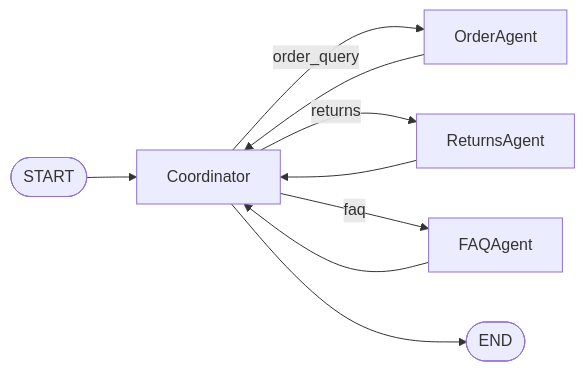
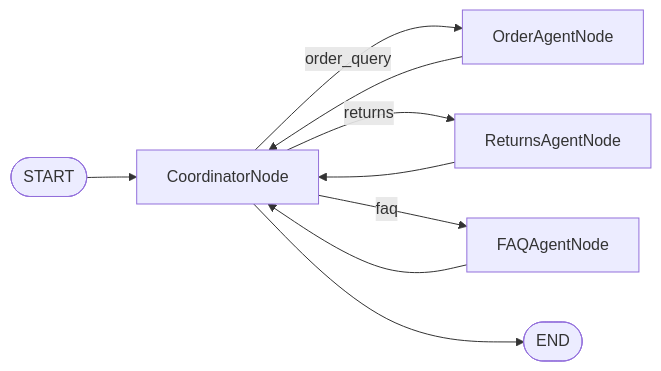
One commit to Proact0/Act-Operator changed the seventh of 13 diagrams in act_operator/act_operator/scaffold/{{ cookiecutter.act_slug }}/.claude/skills/act-architect/resources/agentic-design-patterns.md. Above: the diagram before and after it, drawn with Mermaid. The commit also changed other lines of this file and 9 other files, not shown here.

Commit message:
Update version to 0.2.4, add new template paths for improved project scaffolding, and enhance documentation for interactive conversation protocols in the act-architect skill.

````diff
--- a/act_operator/act_operator/scaffold/{{ cookiecutter.act_slug }}/.claude/skills/act-architect/resources/agentic-design-patterns.md
+++ b/act_operator/act_operator/scaffold/{{ cookiecutter.act_slug }}/.claude/skills/act-architect/resources/agentic-design-patterns.md
@@ -182,8 +189,11 @@
 ```mermaid
 graph LR
-    START([START]) --> Coordinator
-    Coordinator -->|order_query| OrderAgent --> Coordinator
-    Coordinator -->|returns| ReturnsAgent --> Coordinator
-    Coordinator -->|faq| FAQAgent --> Coordinator
-    Coordinator --> END([END])
+    START([START]) --> A[CoordinatorNode]
+    A -->|order_query| B[OrderAgentNode]
+    B --> A
+    A -->|returns| C[ReturnsAgentNode]
+    C --> A
+    A -->|faq| D[FAQAgentNode]
+    D --> A
+    A --> END([END])
 ```
````
